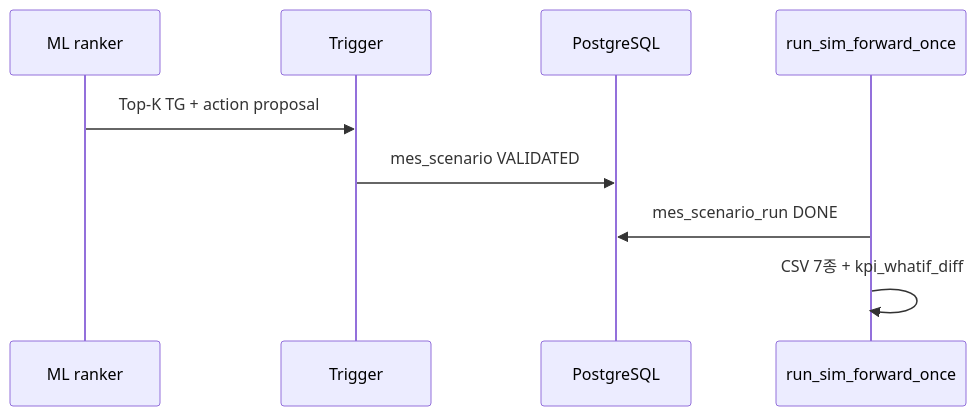
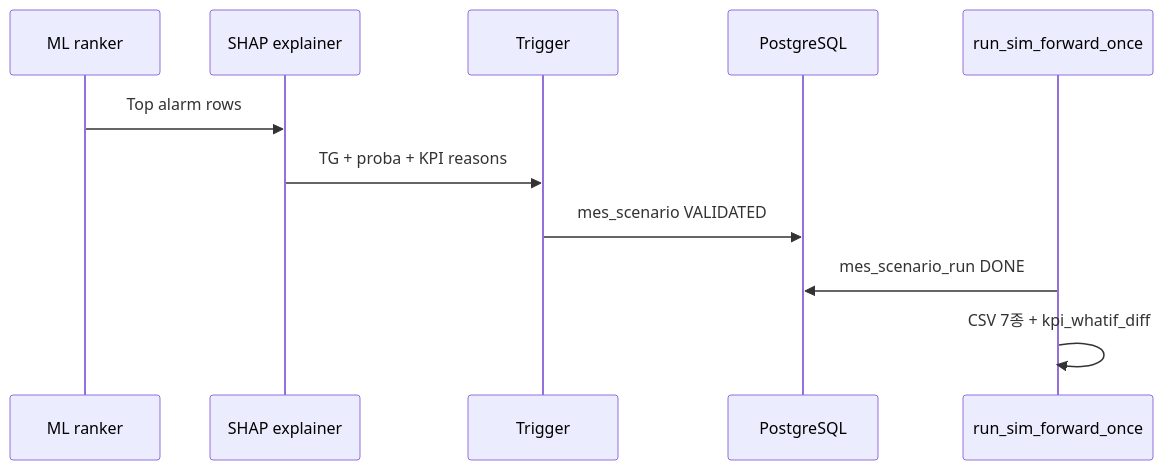
One commit to FabBear/Simulation changed the fifth of 5 diagrams in docs/REPORT_SIMULATION_ML_FULL.md. Above: the diagram before and after it, drawn with Mermaid. The commit also changed other lines of this file and 1 other file, not shown here.

````diff
--- a/docs/REPORT_SIMULATION_ML_FULL.md
+++ b/docs/REPORT_SIMULATION_ML_FULL.md
@@ -397,12 +554,14 @@
 ```mermaid
 sequenceDiagram
   participant ML as ML ranker
+  participant SHAP as SHAP explainer
   participant TR as Trigger
   participant DB as PostgreSQL
   participant SIM as run_sim_forward_once
 
-  ML->>TR: Top-K TG + action proposal
+  ML->>SHAP: Top alarm rows
+  SHAP->>TR: TG + proba + KPI reasons
   TR->>DB: mes_scenario VALIDATED
   SIM->>DB: mes_scenario_run DONE
   SIM->>SIM: CSV 7종 + kpi_whatif_diff
 ```
````
